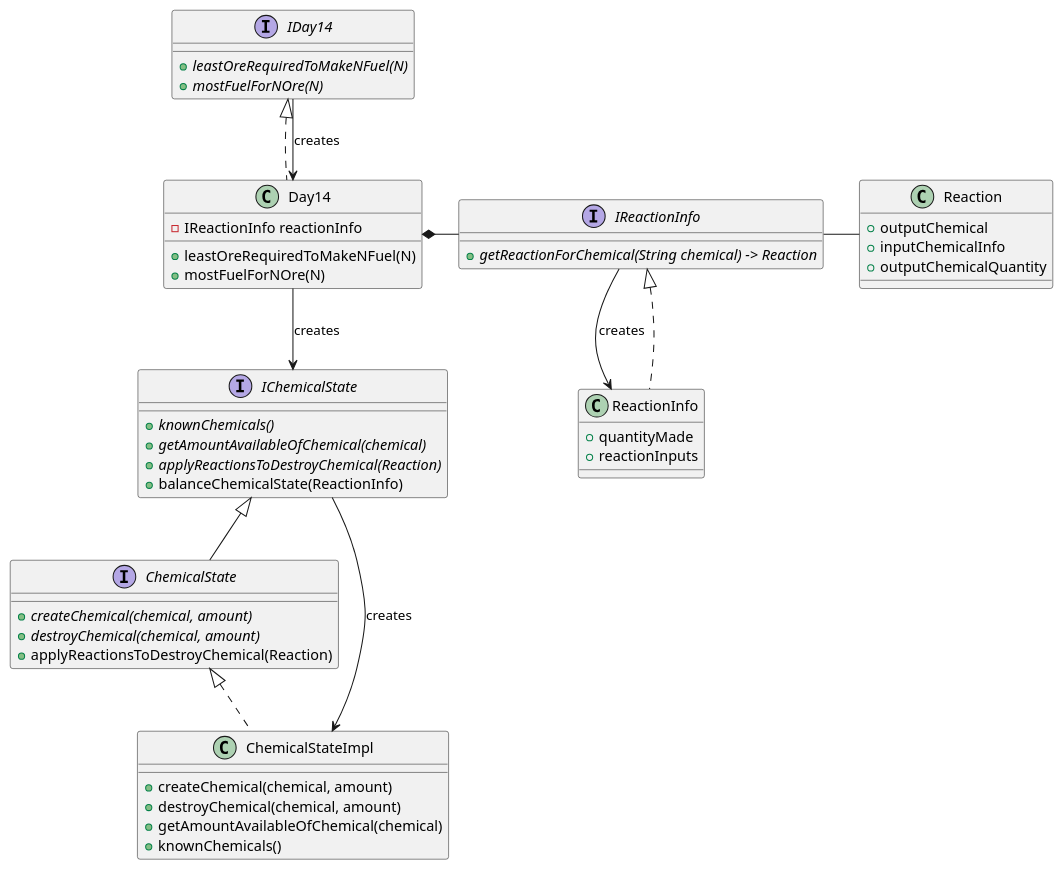
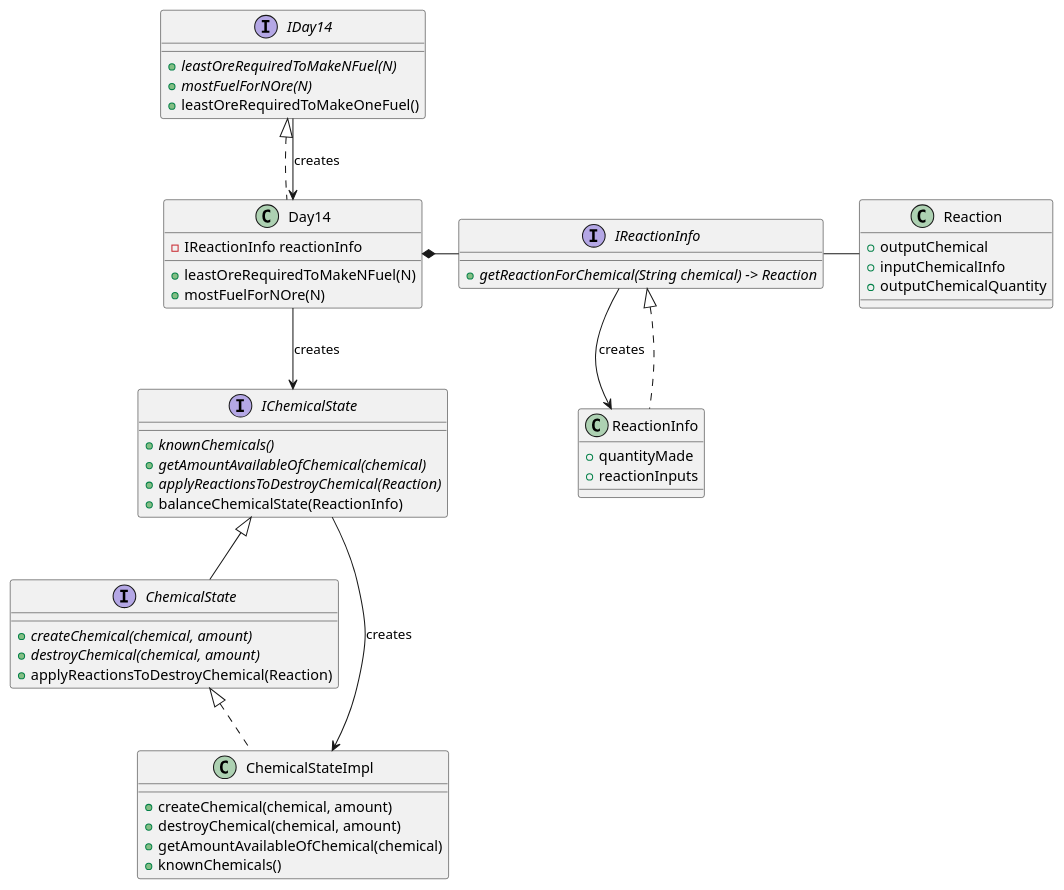
The diagram in src/year_2019/day14/day_14_uml.puml (jdbr827/AdventOfCode_2019_Java), drawn with PlantUML before and after one commit. The commit also changed 7 other files, not shown here.

```diff
--- a/src/year_2019/day14/day_14_uml.puml
+++ b/src/year_2019/day14/day_14_uml.puml
@@ -1,76 +1,77 @@
 @startuml
 'https://plantuml.com/class-diagram
 
 
 
 class ReactionInfo {
 + quantityMade
 + reactionInputs
 }
 
 
 interface IReactionInfo {
 +{abstract}getReactionForChemical(String chemical) -> Reaction
 }
 
 IReactionInfo - Reaction
 
 class Reaction {
 +outputChemical
 +inputChemicalInfo
 +outputChemicalQuantity
 }
 
 interface IDay14 {
 +{abstract}leastOreRequiredToMakeNFuel(N)
 +{abstract}mostFuelForNOre(N)
++leastOreRequiredToMakeOneFuel()
 
 }
 
 class Day14 {
 -IReactionInfo reactionInfo
 +leastOreRequiredToMakeNFuel(N)
 +mostFuelForNOre(N)
 
 }
 
 
 
 IDay14 <|.. Day14
 
 Day14 *- IReactionInfo
 IReactionInfo <|.. ReactionInfo
 
 Day14 --> IChemicalState : "creates"
 
 interface IChemicalState {
 + {abstract} knownChemicals()
 + {abstract} getAmountAvailableOfChemical(chemical)
 + {abstract} applyReactionsToDestroyChemical(Reaction)
 +balanceChemicalState(ReactionInfo)
 }
 
 interface ChemicalState {
 + {abstract} createChemical(chemical, amount)
 + {abstract} destroyChemical(chemical, amount)
 + applyReactionsToDestroyChemical(Reaction)
 }
 
 IChemicalState <|-- ChemicalState
 
 ChemicalState <|.. ChemicalStateImpl
 
 class ChemicalStateImpl {
 + createChemical(chemical, amount)
 + destroyChemical(chemical, amount)
 + getAmountAvailableOfChemical(chemical)
 + knownChemicals()
 }
 
 IChemicalState --> ChemicalStateImpl: "creates"
 IDay14 --> Day14: "creates"
 IReactionInfo --> ReactionInfo: "creates"
 
 
 
 @enduml
```
